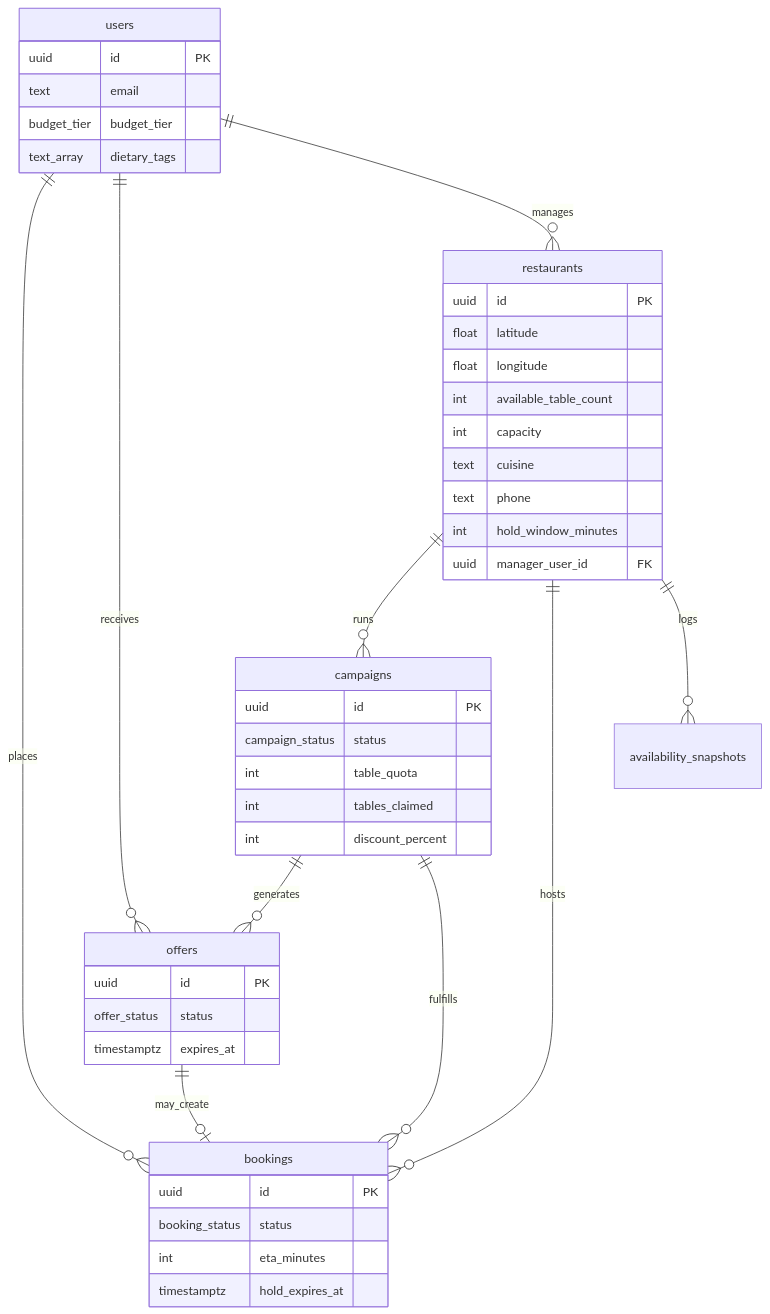
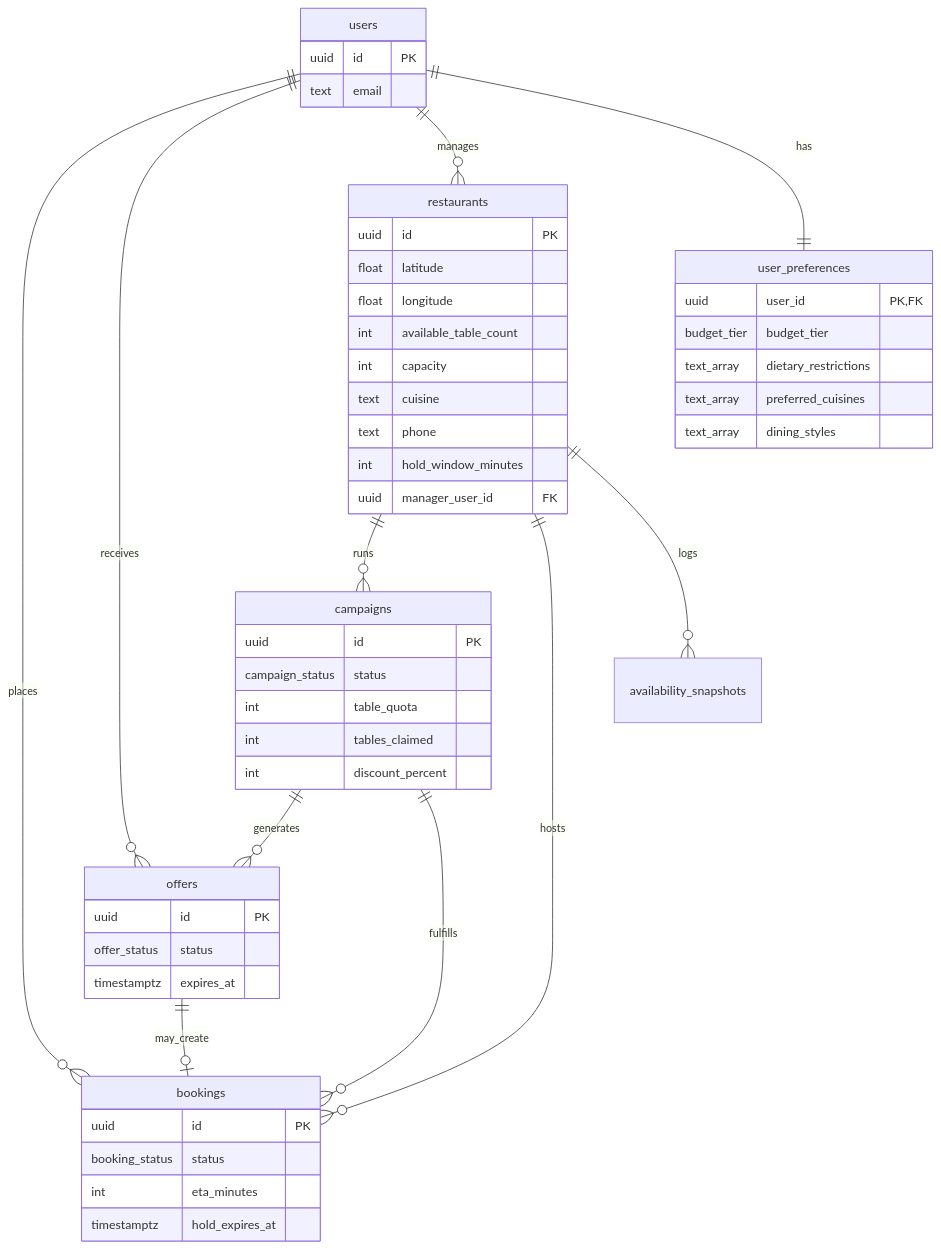
The second of 2 diagrams in docs/system-architecture-map.md (chukwuemekanwoke-jpg/comp47360-team2), drawn with Mermaid before and after one commit. The commit also changed other lines of this file and 28 other files, not shown here.

Commit message:
feat: move categorized user preferences to dedicated table

````diff
--- a/docs/system-architecture-map.md
+++ b/docs/system-architecture-map.md
@@ -80,52 +80,59 @@
 ```mermaid
 erDiagram
   users ||--o{ bookings : places
   users ||--o{ offers : receives
   users ||--o{ restaurants : manages
+  users ||--|| user_preferences : has
   restaurants ||--o{ campaigns : runs
   restaurants ||--o{ bookings : hosts
   restaurants ||--o{ availability_snapshots : logs
   campaigns ||--o{ offers : generates
   campaigns ||--o{ bookings : fulfills
   offers ||--o| bookings : may_create
 
   users {
     uuid id PK
     text email
+  }
+
+  user_preferences {
+    uuid user_id PK,FK
     budget_tier budget_tier
-    text_array dietary_tags
+    text_array dietary_restrictions
+    text_array preferred_cuisines
+    text_array dining_styles
   }
 
   restaurants {
     uuid id PK
     float latitude
     float longitude
     int available_table_count
     int capacity
     text cuisine
     text phone
     int hold_window_minutes
     uuid manager_user_id FK
   }
 
   campaigns {
     uuid id PK
     campaign_status status
     int table_quota
     int tables_claimed
     int discount_percent
   }
 
   offers {
     uuid id PK
     offer_status status
     timestamptz expires_at
   }
 
   bookings {
     uuid id PK
     booking_status status
     int eta_minutes
     timestamptz hold_expires_at
   }
 ```
````
